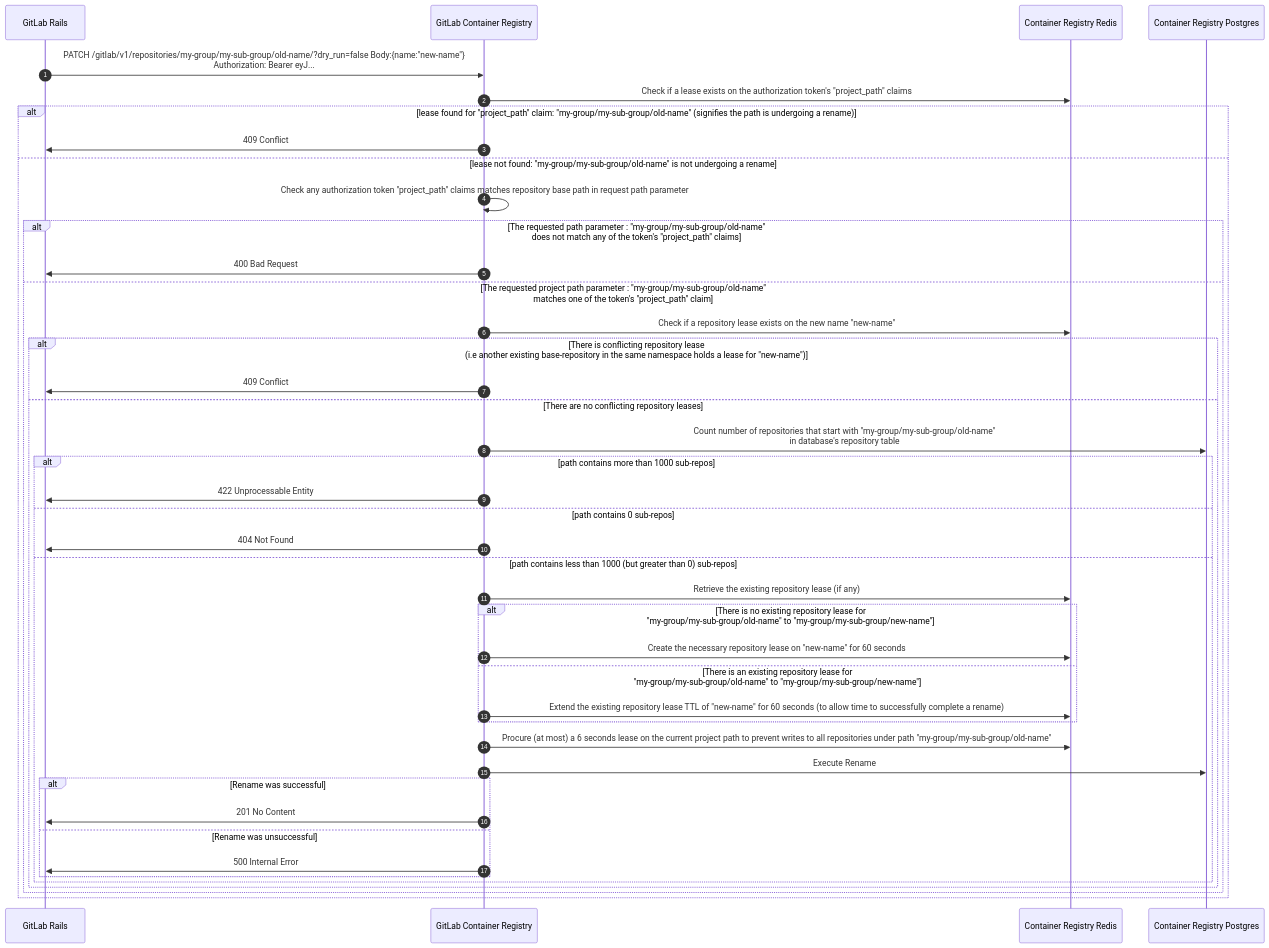
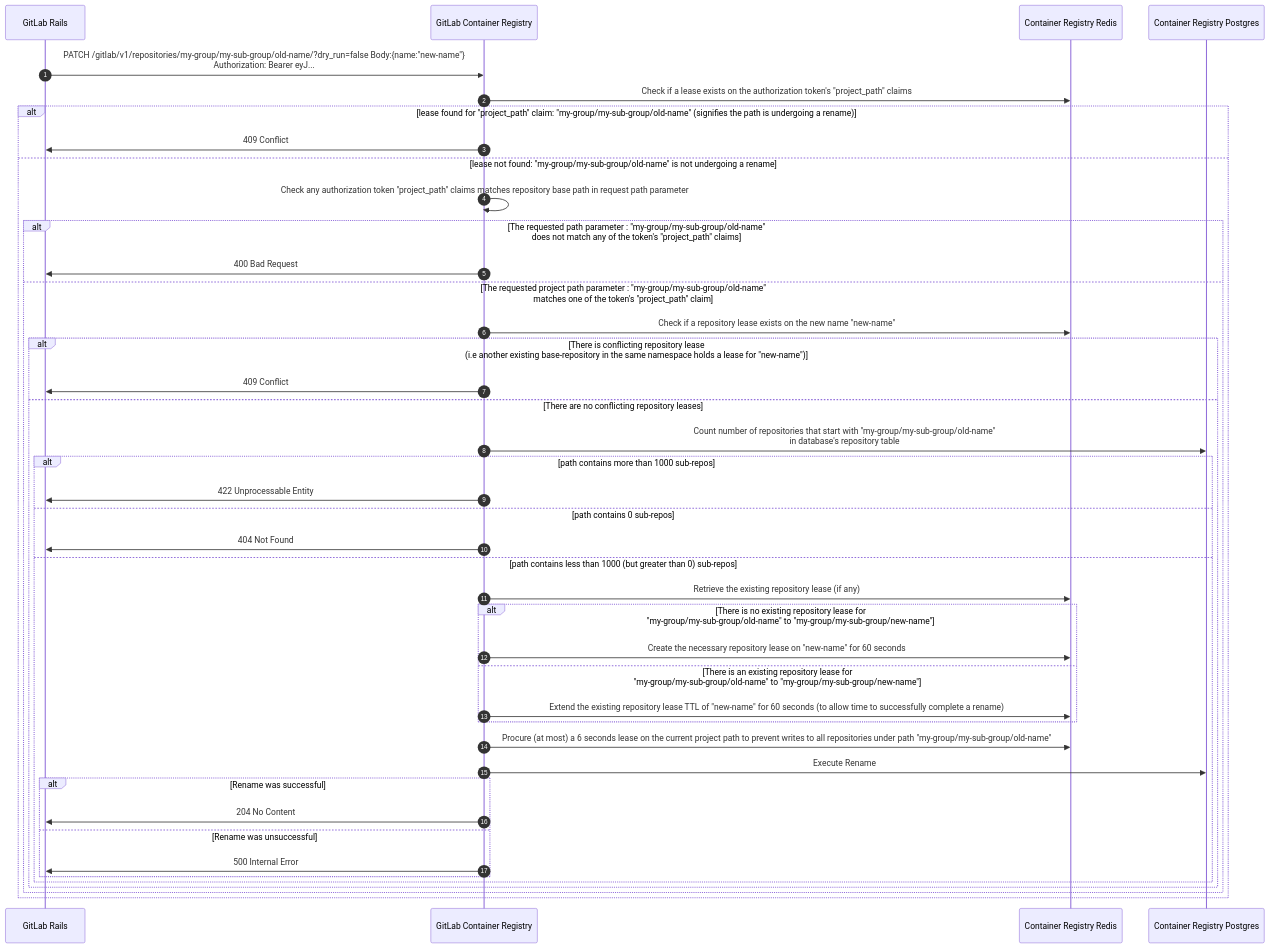
Before and after one commit to AllWorldIT/conarx-gitlab-registry: the second of 4 diagrams in docs-gitlab/rename-base-repository-request-flow.md, drawn with Mermaid. The commit also changed 1 other file, not shown here.

Commit message:
docs(api/gitlab/v1): fix discrepancy in rename api status code

````diff
--- a/docs-gitlab/rename-base-repository-request-flow.md
+++ b/docs-gitlab/rename-base-repository-request-flow.md
@@ -58,44 +58,44 @@
 ```mermaid
 sequenceDiagram
   autonumber
   participant G as GitLab Rails
   participant R as GitLab Container Registry
   participant RR as Container Registry Redis
   participant P as Container Registry Postgres
   G->>R: PATCH /gitlab/v1/repositories/my-group/my-sub-group/old-name/?dry_run=false Body:{name:"new-name"}<br>Authorization: Bearer eyJ...
   R->>RR: Check if a lease exists on the authorization token's "project_path" claims
   alt lease found for "project_path" claim: "my-group/my-sub-group/old-name" (signifies the path is undergoing a rename)
     R->>G: 409 Conflict
   else lease not found: "my-group/my-sub-group/old-name" is not undergoing a rename
     R->>R: Check any authorization token "project_path" claims matches repository base path in request path parameter
     alt The requested path parameter : "my-group/my-sub-group/old-name" <br>does not match any of the token's "project_path" claims
       R->>G: 400 Bad Request
     else The requested project path parameter : "my-group/my-sub-group/old-name" <br> matches one of the token's "project_path" claim
         R->>RR: Check if a repository lease exists on the new name "new-name"
         alt There is conflicting repository lease <br>(i.e another existing base-repository in the same namespace holds a lease for "new-name")
           R->>G: 409 Conflict
         else There are no conflicting repository leases
           R->>P: Count number of repositories that start with "my-group/my-sub-group/old-name" <br> in database's repository table
           alt path contains more than 1000 sub-repos
             R->>G: 422 Unprocessable Entity
           else path contains 0 sub-repos
             R->>G: 404 Not Found
           else path contains less than 1000 (but greater than 0) sub-repos
             R->>RR: Retrieve the existing repository lease (if any)
             alt There is no existing repository lease for <br>"my-group/my-sub-group/old-name" to "my-group/my-sub-group/new-name"
               R->>RR: Create the necessary repository lease on "new-name" for 60 seconds
             else There is an existing repository lease for  <br>"my-group/my-sub-group/old-name" to "my-group/my-sub-group/new-name"
               R->>RR: Extend the existing repository lease TTL of "new-name" for 60 seconds (to allow time to successfully complete a rename)
             end
             R->>RR: Procure (at most) a 6 seconds lease on the current project path to prevent writes to all repositories under path "my-group/my-sub-group/old-name" 
             R->>P: Execute Rename
             alt Rename was successful
-              R->>G: 201 No Content
+              R->>G: 204 No Content
             else Rename was unsuccessful
               R->>G: 500 Internal Error
             end
           end
         end
     end
   end
 ```
````
